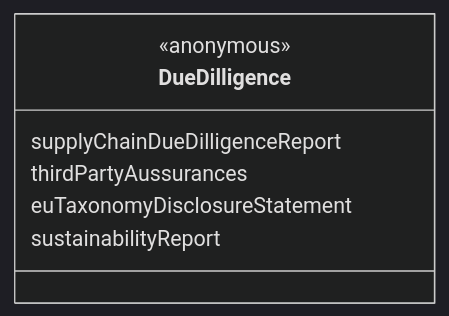
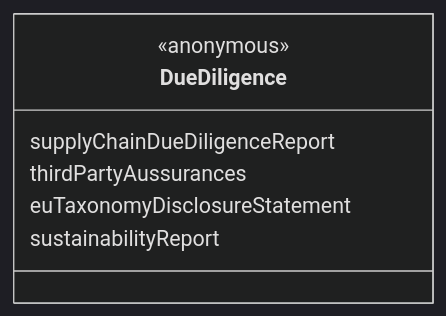
Before and after one commit to spherity/dpp-vocabulary: the eighth of 8 diagrams in docs/contexts/dbp/vocabulary.md, drawn with Mermaid (dark theme). The commit also changed other lines of this file and 2 other files, not shown here.

````diff
--- a/docs/contexts/dbp/vocabulary.md
+++ b/docs/contexts/dbp/vocabulary.md
@@ -640,10 +640,10 @@
 ```mermaid
 classDiagram
-    class DueDilligence{
+    class DueDiligence{
         <<anonymous>>
-        supplyChainDueDilligenceReport
+        supplyChainDueDiligenceReport
         thirdPartyAussurances
         euTaxonomyDisclosureStatement
         sustainabilityReport
     }
 ```
````
